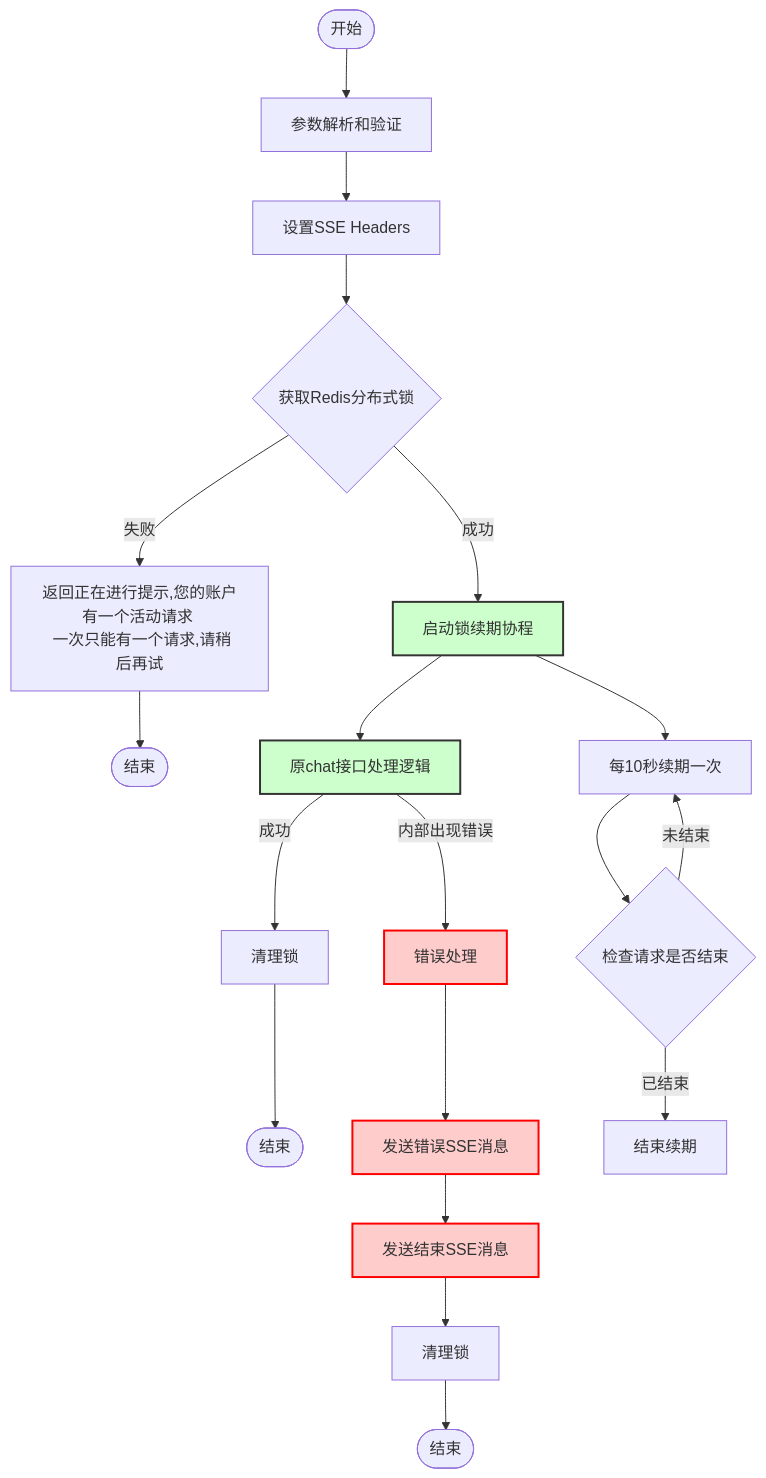
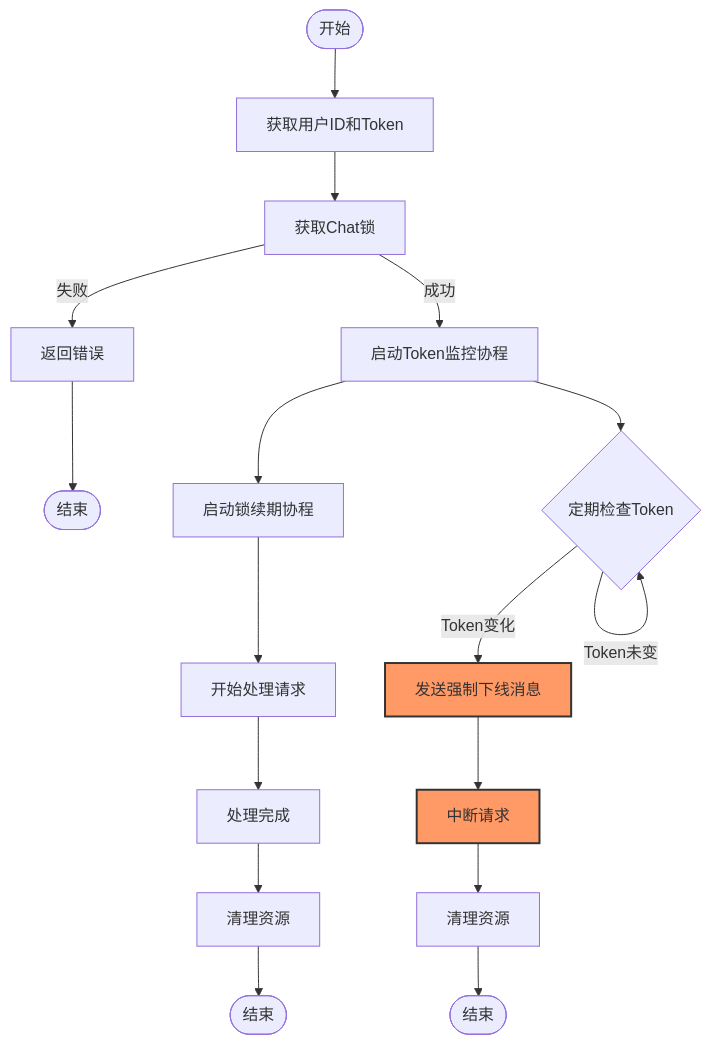
Before and after one commit to yingjianzh/iodraw-files: the diagram in all/未命名-15.md, drawn with Mermaid.

Commit message:
2025-01-02 18:05:04 update

````diff
--- a/all/未命名-15.md
+++ b/all/未命名-15.md
@@ -1,34 +1,27 @@
 ```mermaid
 flowchart TD
-    Start([开始]) --> A[参数解析和验证]
-    A --> B[设置SSE Headers]
-    B --> C{获取Redis分布式锁}
+    Start([开始]) --> A[获取用户ID和Token]
+    A --> B[获取Chat锁]
     
-    C -->|失败| D[返回正在进行提示,您的账户有一个活动请求 \n 一次只能有一个请求,请稍后再试]
-    D --> End1([结束])
+    B -->|失败| C[返回错误]
+    C --> End1([结束])
     
-    C -->|成功| E[启动锁续期协程]
-    E --> F[原chat接口处理逻辑]
+    B -->|成功| D[启动Token监控协程]
+    D --> E[启动锁续期协程]
+    E --> F[开始处理请求]
     
-    F -->|内部出现错误| G[错误处理]
-     %% 正常结束流程
-    F -->|成功| N[清理锁]
-    N --> End3([结束])
+    D --> G{定期检查Token}
+    G -->|Token变化| H[发送强制下线消息]
+    H --> I[中断请求]
+    I --> J[清理资源]
+    J --> End2([结束])
     
-    %% 错误处理流程
-    G --> K[发送错误SSE消息]
-    K --> L[发送结束SSE消息]
-    L --> M[清理锁]
-    M --> End2([结束])
+    G -->|Token未变| G
     
-    %% 锁续期协程
-    E --> O[每10秒续期一次]
-    O --> P{检查请求是否结束}
-    P -->|未结束| O
-    P -->|已结束| Q[结束续期]
+    F --> K[处理完成]
+    K --> L[清理资源]
+    L --> End3([结束])
     
-    classDef error fill:#ffcccc,stroke:#ff0000,stroke-width:2px
-    classDef normal fill:#ccffcc,stroke:#333,stroke-width:2px
-    class G,K,L error
-    class E,F,I,J normal
+    style H fill:#f96,stroke:#333,stroke-width:2px
+    style I fill:#f96,stroke:#333,stroke-width:2px
 ```
````
